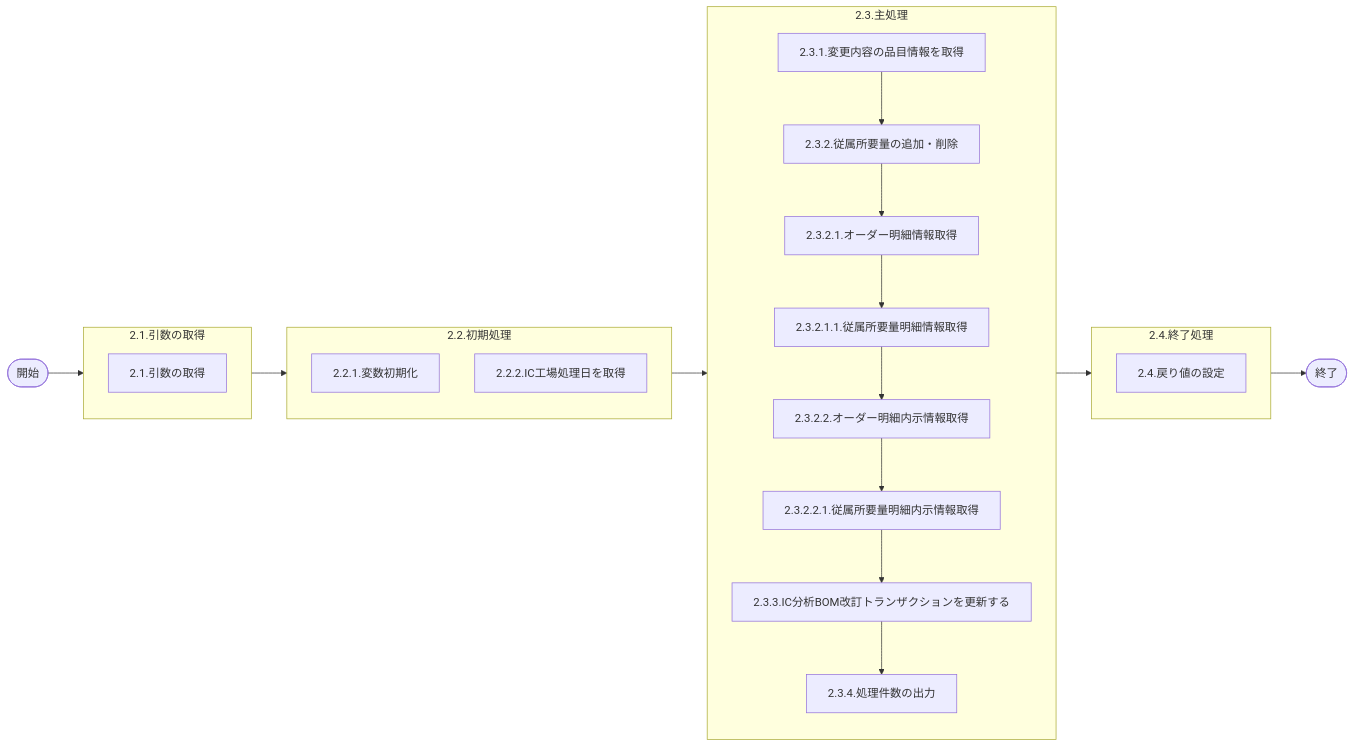
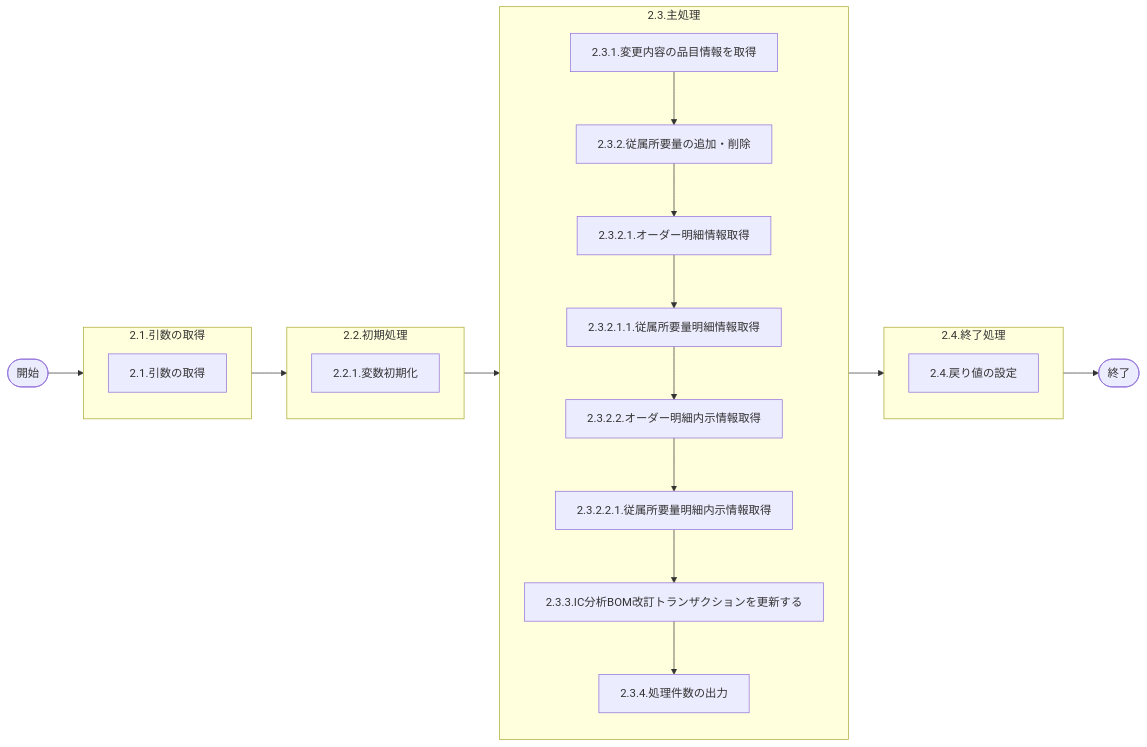
One commit to huangyiyong-xm/GIMAC_IC_design changed the diagram in LDPS0001_詳細設計_製品構成／所要量管理変更.md. Above: the diagram before and after it, drawn with Mermaid. The commit also changed other lines of this file and 2 other files, not shown here.

````diff
--- a/LDPS0001_詳細設計_製品構成／所要量管理変更.md
+++ b/LDPS0001_詳細設計_製品構成／所要量管理変更.md
@@ -26,37 +26,36 @@
 ```mermaid
 flowchart LR
    %% メインフローブランチ
    start(["開始"]) --> argBlock --> initBlock --> mainBlock --> endBlock --> endStatus(["終了"])
  
    %% 引数処理詳細フロー
    subgraph argBlock ["2.1.引数の取得"]
      arg_process_and_check["<div style='white-space: nowrap;'>2.1.引数の取得</div>"]
    end
  
    %% 初期処理詳細フロー
    subgraph initBlock ["2.2.初期処理"]
       init_process["<div style='white-space: nowrap;'>2.2.1.変数初期化</div>"]
-      getSlipDate["<div style='white-space: nowrap;'>2.2.2.IC工場処理日を取得</div>"]
    end
  
    %% 主処理詳細フロー
    subgraph mainBlock ["2.3.主処理"]
      main_process["<div style='white-space: nowrap;'>2.3.1.変更内容の品目情報を取得</div>"] 
      main_process --> InsertDelete["<div style='white-space: nowrap;'>2.3.2.従属所要量の追加・削除</div>"] 
      InsertDelete --> getTrnOrder["<div style='white-space: nowrap;'>2.3.2.1.オーダー明細情報取得</div>"] 
      getTrnOrder --> trnInsertDelete["<div style='white-space: nowrap;'>2.3.2.1.1.従属所要量明細情報取得</div>"] 
      trnInsertDelete --> getDrdOrder["<div style='white-space: nowrap;'>2.3.2.2.オーダー明細内示情報取得</div>"] 
      getDrdOrder --> drdInsertDelete["<div style='white-space: nowrap;'>2.3.2.2.1.従属所要量明細内示情報取得</div>"] 
      drdInsertDelete --> updateDerev["<div style='white-space: nowrap;'>2.3.3.IC分析BOM改訂トランザクションを更新する</div>"]
      updateDerev --> log["<div style='white-space: nowrap;'>2.3.4.処理件数の出力</div>"]
 
    end
  
    %% 終了処理
    subgraph endBlock ["2.4.終了処理"]
      end_process["<div style='white-space: nowrap;'>2.4.戻り値の設定</div>"]
    end
  
    class start,end_process startEnd
    class arg_process,init_process,main_process process
 ```
````
